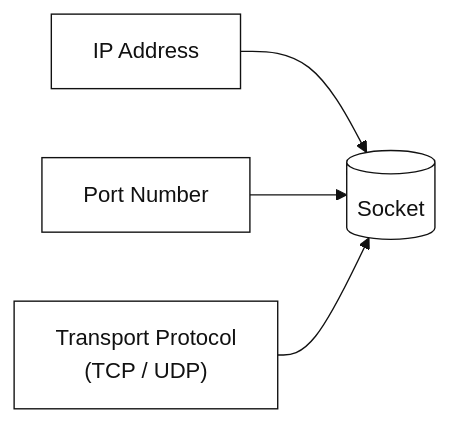
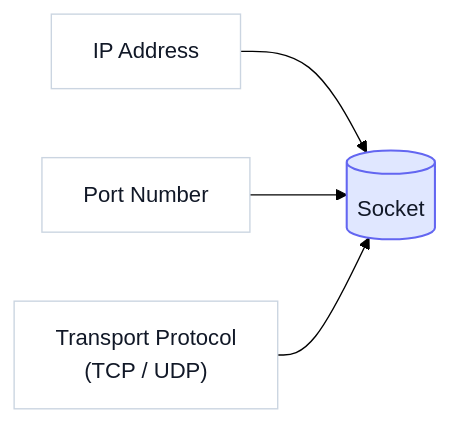
One commit to hananather/system-design changed the first of 5 diagrams in sockets.md. Above: the diagram before and after it, drawn with Mermaid. The commit also changed other lines of this file, not shown here.

Commit message:
Restore colorful node styles while keeping canvas background white; maintain spacing settings; fix node class colors across diagrams

````diff
--- a/sockets.md
+++ b/sockets.md
@@ -8,19 +8,17 @@
 ```mermaid
 %%{init: {
   'theme': 'base',
   'themeVariables': {
     'background': '#ffffff',
-    'primaryColor': '#ffffff',
-    'primaryTextColor': '#111111',
-    'primaryBorderColor': '#111111',
-    'lineColor': '#111111',
-    'edgeLabelBackground': '#ffffff',
     'fontFamily': 'Inter, ui-sans-serif, system-ui'
   },
   'flowchart': { 'useMaxWidth': false, 'diagramPadding': 24, 'htmlLabels': true }
 }}%%
 flowchart LR
-  IP["IP Address"] --> SOCK[("Socket")]
-  PORT["Port Number"] --> SOCK
-  PROTO["Transport Protocol<br/>(TCP / UDP)"] --> SOCK
+  IP["IP Address"]:::dim --> SOCK[("Socket")]:::accent
+  PORT["Port Number"]:::dim --> SOCK
+  PROTO["Transport Protocol<br/>(TCP / UDP)"]:::dim --> SOCK
+
+  classDef accent fill:#E0E7FF,stroke:#6366F1,stroke-width:1.5px,color:#111827;
+  classDef dim fill:#FFFFFF,stroke:#CBD5E1,stroke-width:1px,color:#111827;
 ```
````
